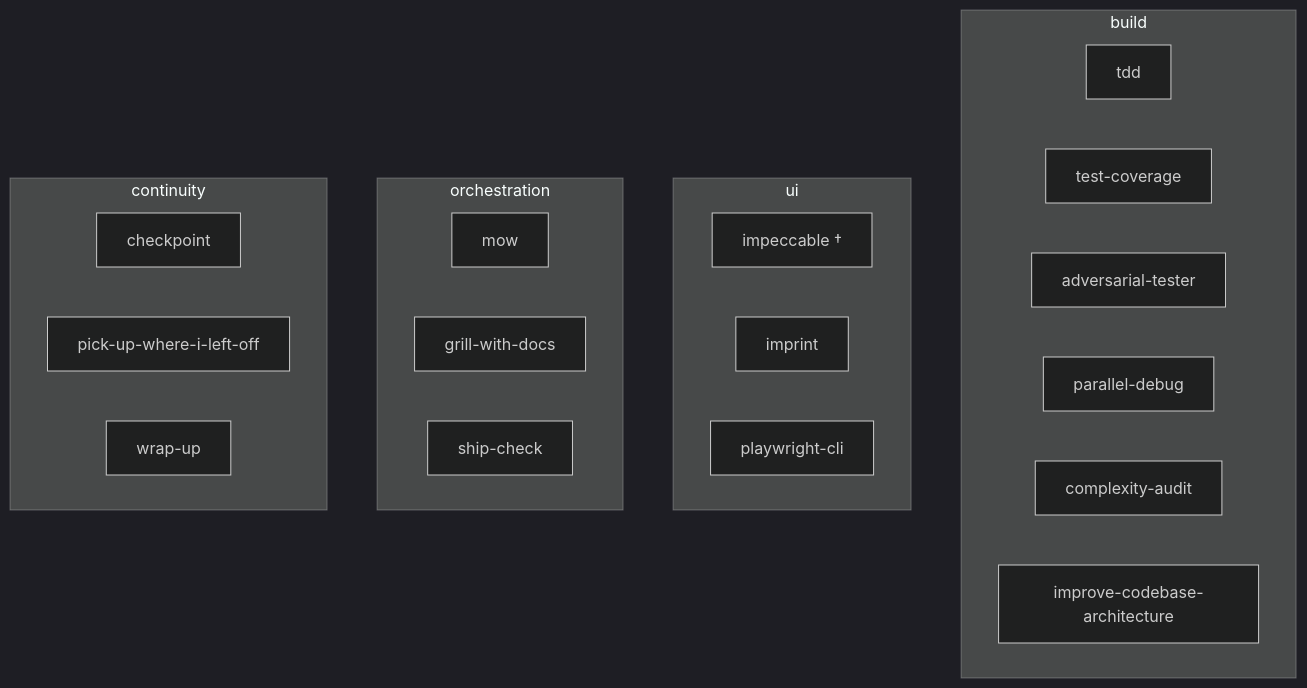
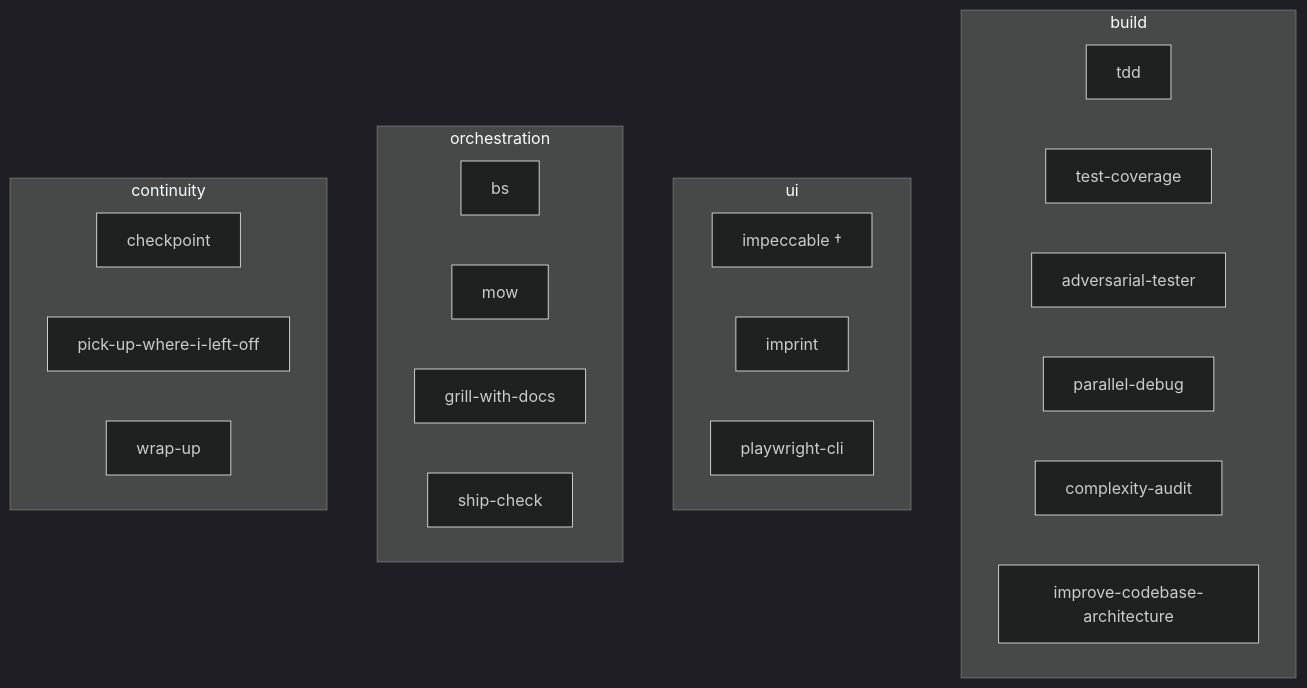
The seventh of 17 diagrams in HOW-TO-USE.human.md (ozanozcan/ai-wow), drawn with Mermaid (dark theme) before and after one commit. The commit also changed other lines of this file and 5 other files, not shown here.

First line of the commit message:
Add bs skill; port mow/grill-with-docs additions from source repo

````diff
--- a/HOW-TO-USE.human.md
+++ b/HOW-TO-USE.human.md
@@ -251,16 +251,16 @@
 ```mermaid
 flowchart TD
   subgraph BUILD["build"]
     B1["tdd"]; B2["test-coverage"]; B3["adversarial-tester"]
     B4["parallel-debug"]; B5["complexity-audit"]; B6["improve-codebase-architecture"]
   end
   subgraph UI["ui"]
     U1["impeccable †"]; U2["imprint"]; U3["playwright-cli"]
   end
   subgraph ORCH["orchestration"]
-    O1["mow"]; O2["grill-with-docs"]; O3["ship-check"]
+    O0["bs"]; O1["mow"]; O2["grill-with-docs"]; O3["ship-check"]
   end
   subgraph CONT["continuity"]
     C1["checkpoint"]; C2["pick-up-where-i-left-off"]; C3["wrap-up"]
   end
 ```
````
